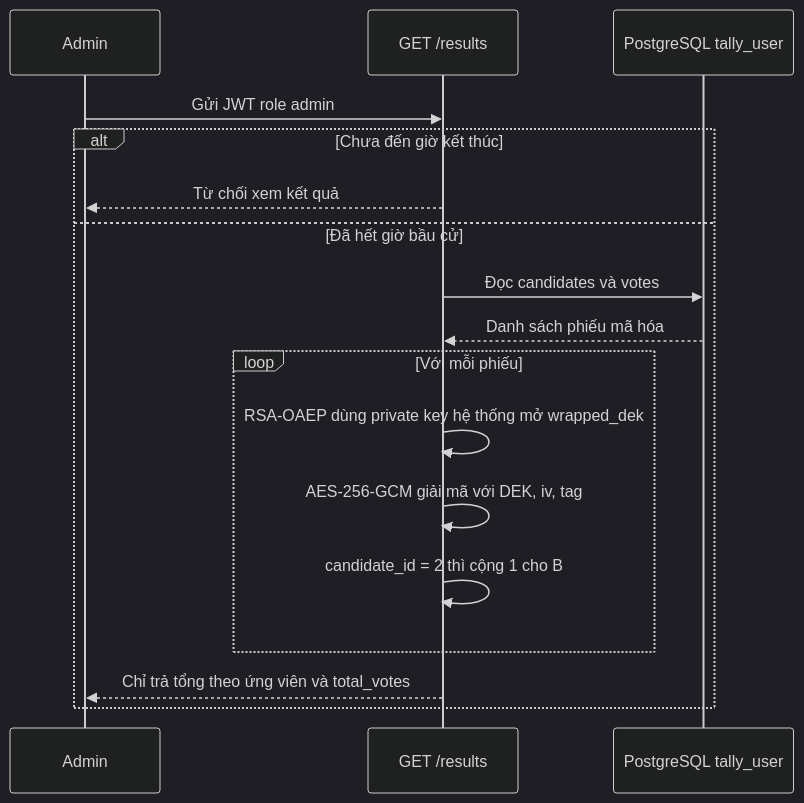
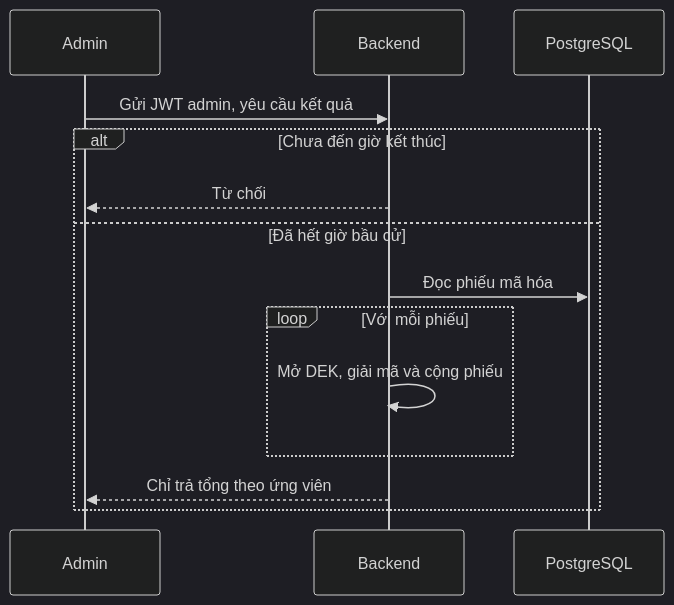
The fifth of 5 diagrams in docs/BCao.md (lam-vu6868/lab3_evoting), drawn with Mermaid (dark theme) before and after one commit. The commit also changed other lines of this file, not shown here.

````diff
--- a/docs/BCao.md
+++ b/docs/BCao.md
@@ -178,19 +149,16 @@
 ```mermaid
 sequenceDiagram
     participant AD as Admin
-    participant API as GET /results
-    participant DB as PostgreSQL tally_user
-    AD->>API: Gửi JWT role admin
+    participant API as Backend
+    participant DB as PostgreSQL
+    AD->>API: Gửi JWT admin, yêu cầu kết quả
     alt Chưa đến giờ kết thúc
-        API-->>AD: Từ chối xem kết quả
+        API-->>AD: Từ chối
     else Đã hết giờ bầu cử
-        API->>DB: Đọc candidates và votes
-        DB-->>API: Danh sách phiếu mã hóa
+        API->>DB: Đọc phiếu mã hóa
         loop Với mỗi phiếu
-            API->>API: RSA-OAEP dùng private key hệ thống mở wrapped_dek
-            API->>API: AES-256-GCM giải mã với DEK, iv, tag
-            API->>API: candidate_id = 2 thì cộng 1 cho B
+            API->>API: Mở DEK, giải mã và cộng phiếu
         end
-        API-->>AD: Chỉ trả tổng theo ứng viên và total_votes
+        API-->>AD: Chỉ trả tổng theo ứng viên
     end
 ```
````
